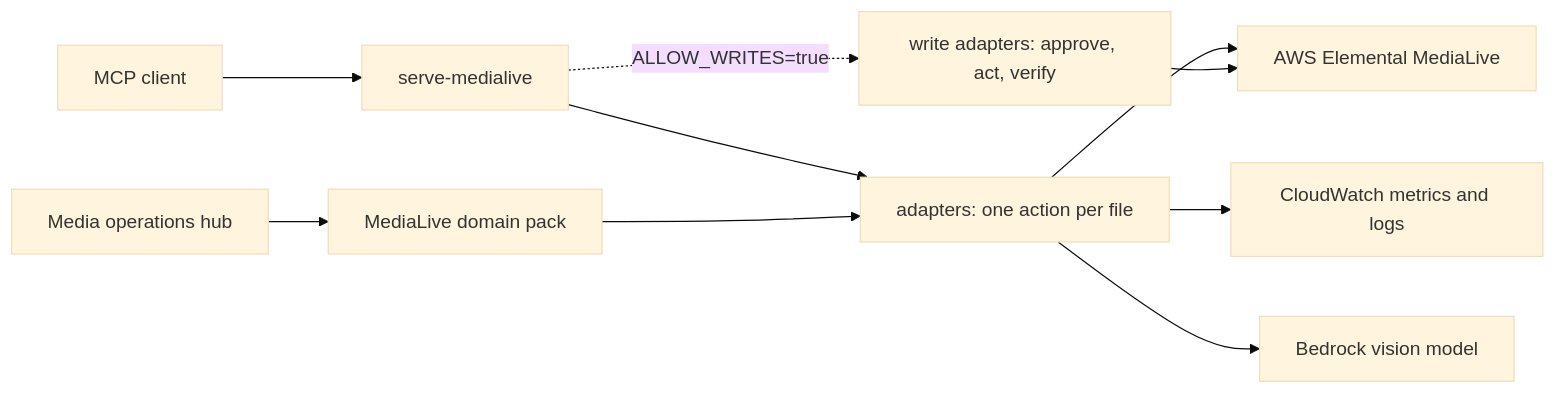
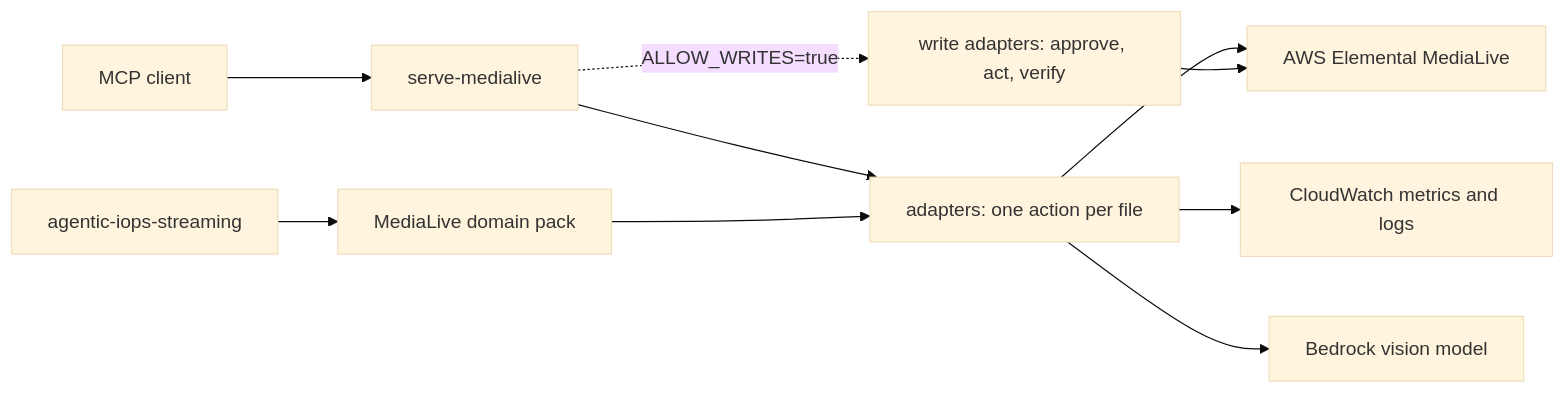
The diagram in samples/medialive/README.md (aws-samples/sample-agentic-video-operations), drawn with Mermaid (base theme) before and after one commit. The commit also changed other lines of this file and 280 other files, not shown here.

````diff
--- a/samples/medialive/README.md
+++ b/samples/medialive/README.md
@@ -22,12 +22,12 @@
 ```mermaid
 flowchart LR
     Client[MCP client] --> Server[serve-medialive]
-    Hub[Media operations hub] --> Pack[MediaLive domain pack]
+    Agent[agentic-iops-streaming] --> Pack[MediaLive domain pack]
     Server --> Adapters[adapters: one action per file]
     Pack --> Adapters
     Adapters --> EML[AWS Elemental MediaLive]
     Adapters --> CW[CloudWatch metrics and logs]
     Adapters --> BR[Bedrock vision model]
     Server -. ALLOW_WRITES=true .-> Writes[write adapters: approve, act, verify]
     Writes --> EML
 ```
````
